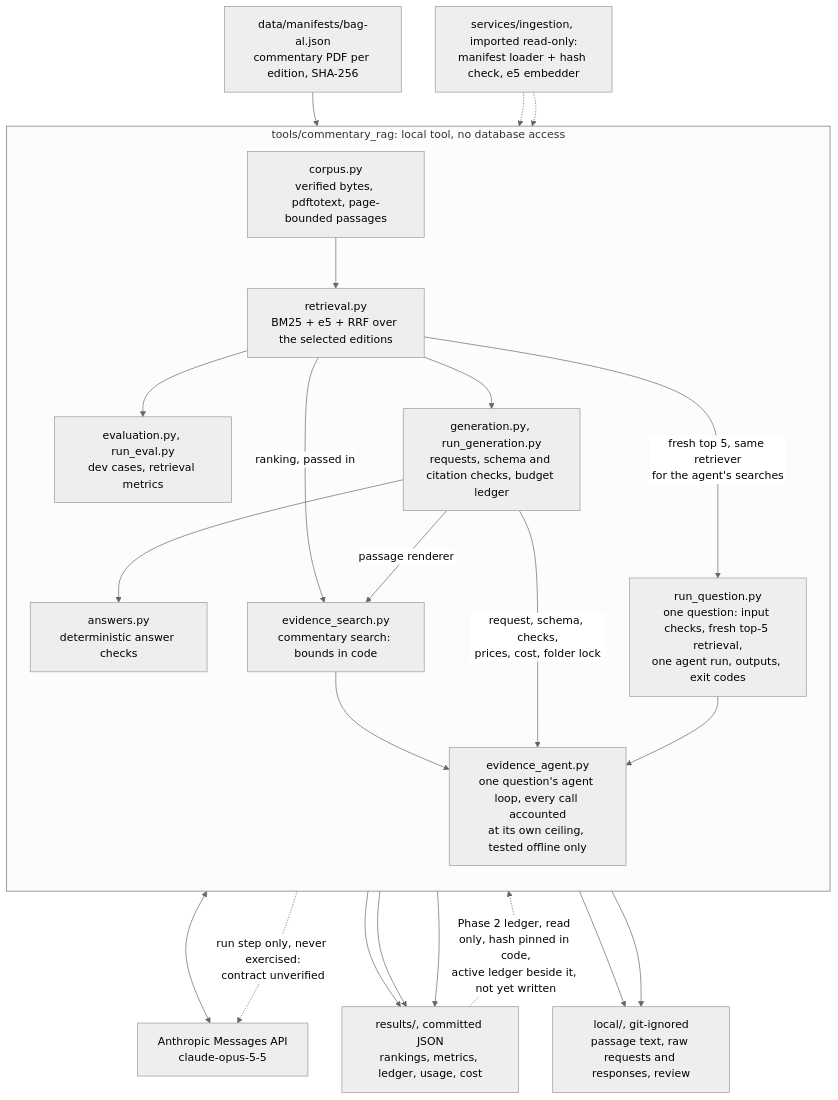
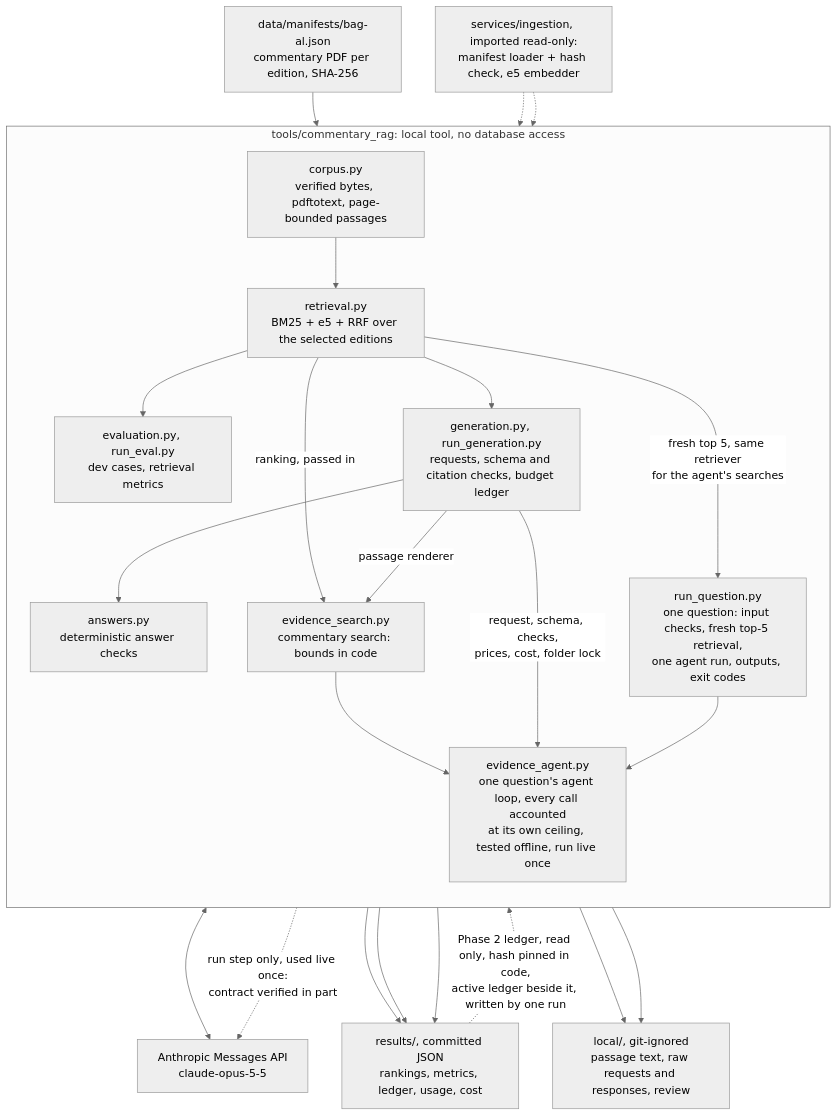
One commit to erhanuenlue/tarifhub changed the diagram in docs/arc42/05-building-block-view.md. Above: the diagram before and after it, drawn with Mermaid (neutral theme). The commit also changed other lines of this file and 11 other files, not shown here.

First line of the commit message:
docs(evidence): record the first live run of the evidence-seeking agent (D1, ADR-026 proposed) (#56)

````diff
--- a/docs/arc42/05-building-block-view.md
+++ b/docs/arc42/05-building-block-view.md
@@ -100,37 +100,37 @@
 ```mermaid
 flowchart TB
   MAN["data/manifests/bag-al.json<br/>commentary PDF per edition, SHA-256"]
   ING["services/ingestion, imported read-only:<br/>manifest loader + hash check, e5 embedder"]
   subgraph PILOT["tools/commentary_rag: local tool, no database access"]
     direction TB
     COR["corpus.py<br/>verified bytes, pdftotext, page-bounded passages"]
     RET["retrieval.py<br/>BM25 + e5 + RRF over the selected editions"]
     EVA["evaluation.py, run_eval.py<br/>dev cases, retrieval metrics"]
     GEN["generation.py, run_generation.py<br/>requests, schema and citation checks, budget ledger"]
     ANS["answers.py<br/>deterministic answer checks"]
     SEA["evidence_search.py<br/>commentary search: bounds in code"]
-    AGT["evidence_agent.py<br/>one question's agent loop, every call accounted<br/>at its own ceiling, tested offline only"]
+    AGT["evidence_agent.py<br/>one question's agent loop, every call accounted<br/>at its own ceiling, tested offline, run live once"]
     RQ["run_question.py<br/>one question: input checks, fresh top-5 retrieval,<br/>one agent run, outputs, exit codes"]
     COR --> RET
     RET --> EVA
     RET --> GEN
     GEN --> ANS
     RET -->|"ranking, passed in"| SEA
     GEN -->|"passage renderer"| SEA
     SEA --> AGT
     GEN -->|"request, schema, checks,<br/>prices, cost, folder lock"| AGT
     RET -->|"fresh top 5, same retriever<br/>for the agent's searches"| RQ
     RQ --> AGT
   end
   MAN --> COR
   ING -.-> COR
   ING -.-> RET
   GEN <--> API["Anthropic Messages API<br/>claude-opus-5-5"]
-  AGT -.->|"run step only, never exercised:<br/>contract unverified"| API
+  AGT -.->|"run step only, used live once:<br/>contract verified in part"| API
   EVA --> RES["results/, committed JSON<br/>rankings, metrics, ledger, usage, cost"]
   ANS --> RES
   GEN --> LOC["local/, git-ignored<br/>passage text, raw requests and responses, review"]
   RQ --> RES
   RQ --> LOC
-  RES -.->|"Phase 2 ledger, read only, hash pinned in code,<br/>active ledger beside it, not yet written"| AGT
+  RES -.->|"Phase 2 ledger, read only, hash pinned in code,<br/>active ledger beside it, written by one run"| AGT
 ```
````
